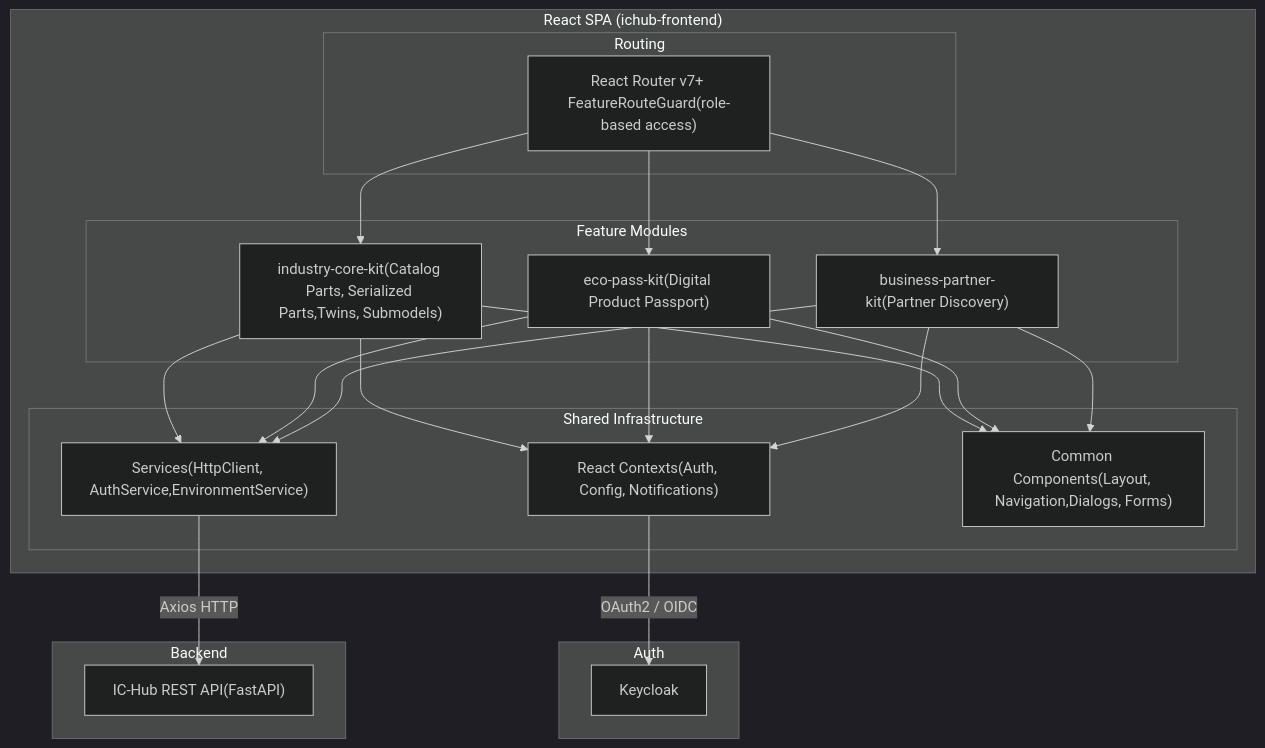
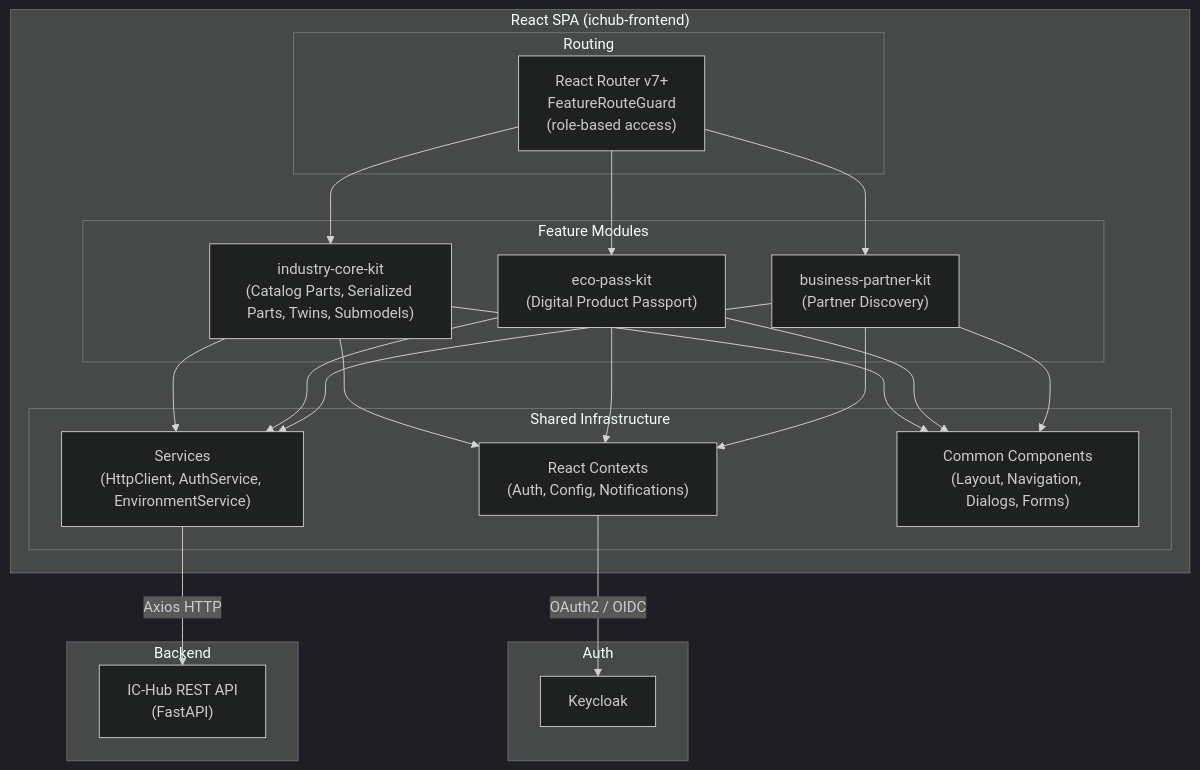
Before and after one commit to jalvaro-lks/industry-core-hub: the fourth of 6 diagrams in README.md, drawn with Mermaid (dark theme). The commit also changed other lines of this file, not shown here.

Commit message:
Improve README tone and diagrams

````diff
--- a/README.md
+++ b/README.md
@@ -299,33 +309,33 @@
 ```mermaid
 graph TB
     subgraph "React SPA (ichub-frontend)"
         subgraph "Feature Modules"
-            ICK["industry-core-kit(Catalog Parts, Serialized Parts,Twins, Submodels)"]
-            EPK["eco-pass-kit(Digital Product Passport)"]
-            BPK["business-partner-kit(Partner Discovery)"]
+            ICK["industry-core-kit<br/>(Catalog Parts, Serialized Parts, Twins, Submodels)"]
+            EPK["eco-pass-kit<br/>(Digital Product Passport)"]
+            BPK["business-partner-kit<br/>(Partner Discovery)"]
         end
 
         subgraph "Shared Infrastructure"
-            CTX["React Contexts(Auth, Config, Notifications)"]
-            SVC["Services(HttpClient, AuthService,EnvironmentService)"]
-            CMP["Common Components(Layout, Navigation,Dialogs, Forms)"]
+            CTX["React Contexts<br/>(Auth, Config, Notifications)"]
+            SVC["Services<br/>(HttpClient, AuthService, EnvironmentService)"]
+            CMP["Common Components<br/>(Layout, Navigation, Dialogs, Forms)"]
         end
 
         subgraph "Routing"
-            RT["React Router v7+ FeatureRouteGuard(role-based access)"]
+            RT["React Router v7+<br/>FeatureRouteGuard<br/>(role-based access)"]
         end
     end
 
     subgraph "Auth"
         KC["Keycloak"]
     end
 
     subgraph "Backend"
-        API["IC-Hub REST API(FastAPI)"]
+        API["IC-Hub REST API<br/>(FastAPI)"]
     end
 
     ICK & EPK & BPK --> CTX & SVC & CMP
     RT --> ICK & EPK & BPK
     SVC -- "Axios HTTP" --> API
     CTX -- "OAuth2 / OIDC" --> KC
 ```
````
